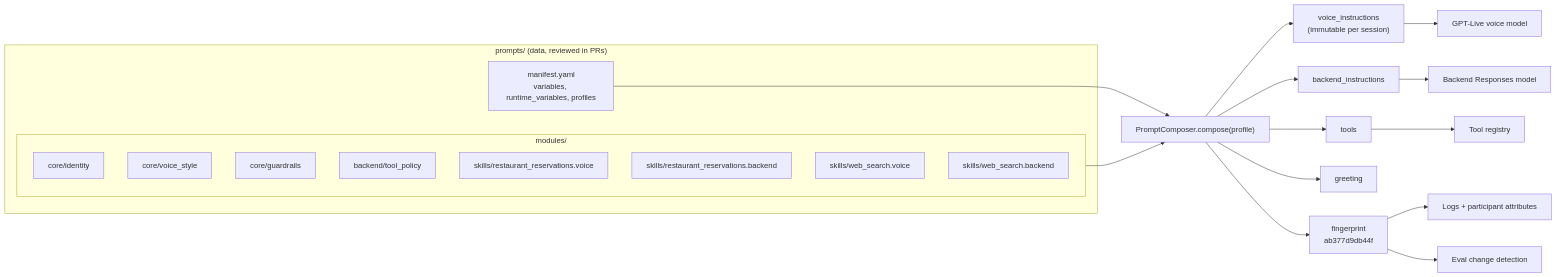
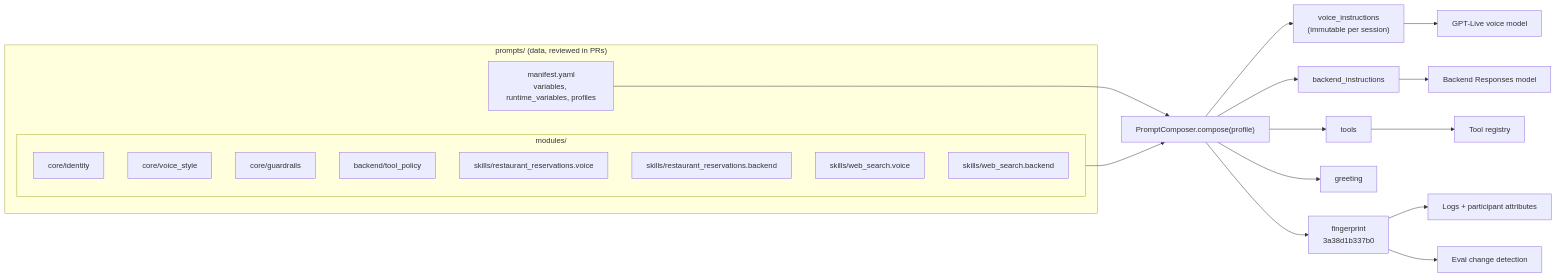
The diagram in docs/modular-prompts.md (andreasbloomquist/gpt-live-demo), drawn with Mermaid before and after one commit. The commit also changed other lines of this file and 17 other files, not shown here.

````diff
--- a/docs/modular-prompts.md
+++ b/docs/modular-prompts.md
@@ -65,32 +65,32 @@
 ```mermaid
 flowchart LR
     subgraph Data["prompts/ (data, reviewed in PRs)"]
         MF["manifest.yaml<br/>variables, runtime_variables, profiles"]
         subgraph Modules["modules/"]
             C1["core/identity"]
             C2["core/voice_style"]
             C3["core/guardrails"]
             B1["backend/tool_policy"]
             S1["skills/restaurant_reservations.voice"]
             S2["skills/restaurant_reservations.backend"]
             S3["skills/web_search.voice"]
             S4["skills/web_search.backend"]
         end
     end
 
     Comp["PromptComposer.compose(profile)"]
     MF --> Comp
     Modules --> Comp
 
     Comp --> VB["voice_instructions<br/>(immutable per session)"]
     Comp --> BB["backend_instructions"]
     Comp --> TT["tools"]
     Comp --> GG["greeting"]
-    Comp --> FF["fingerprint<br/>ab377d9db44f"]
+    Comp --> FF["fingerprint<br/>3a38d1b337b0"]
 
     VB --> GL["GPT-Live voice model"]
     BB --> RM["Backend Responses model"]
     TT --> REG["Tool registry"]
     FF --> OBS["Logs + participant attributes"]
     FF --> EV["Eval change detection"]
 ```
````
